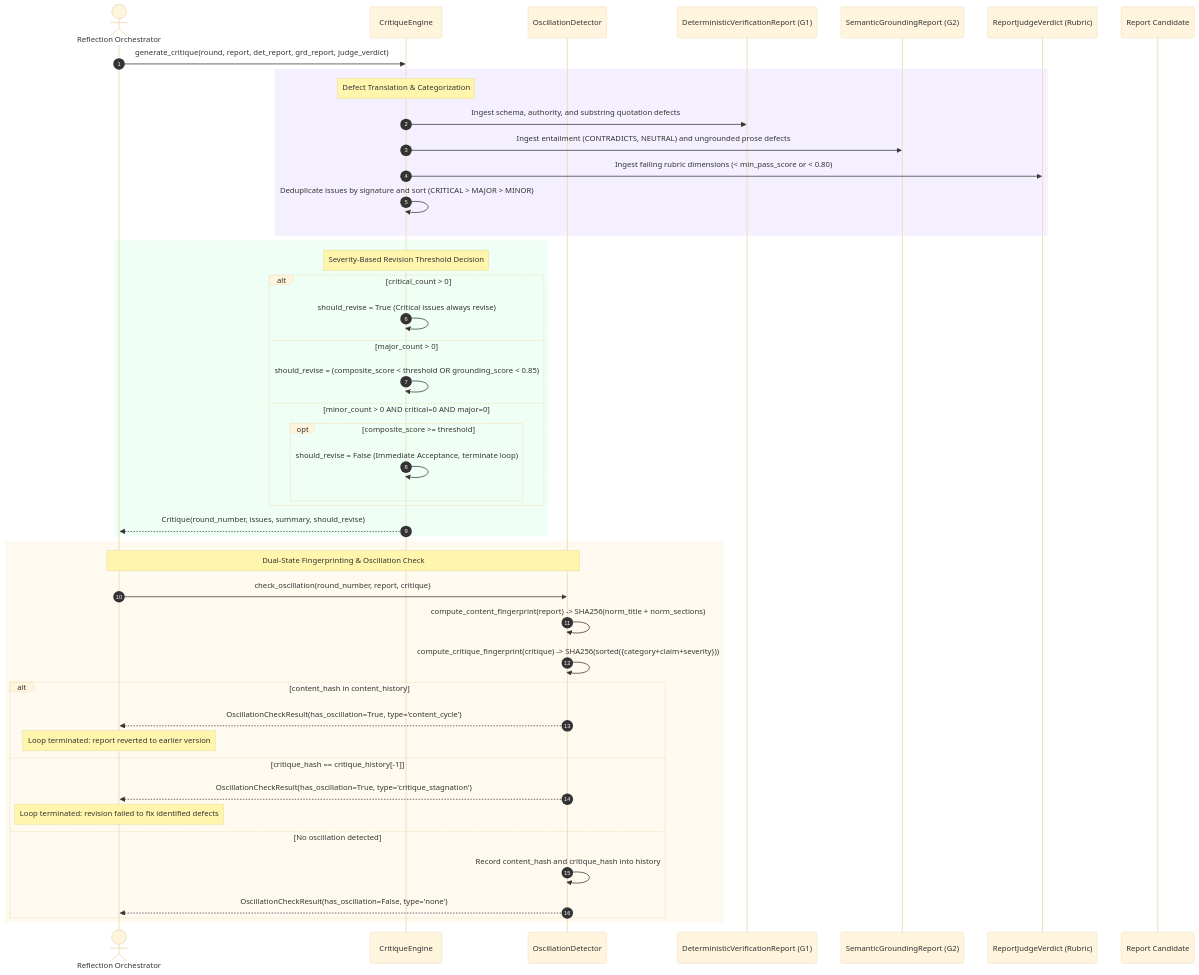
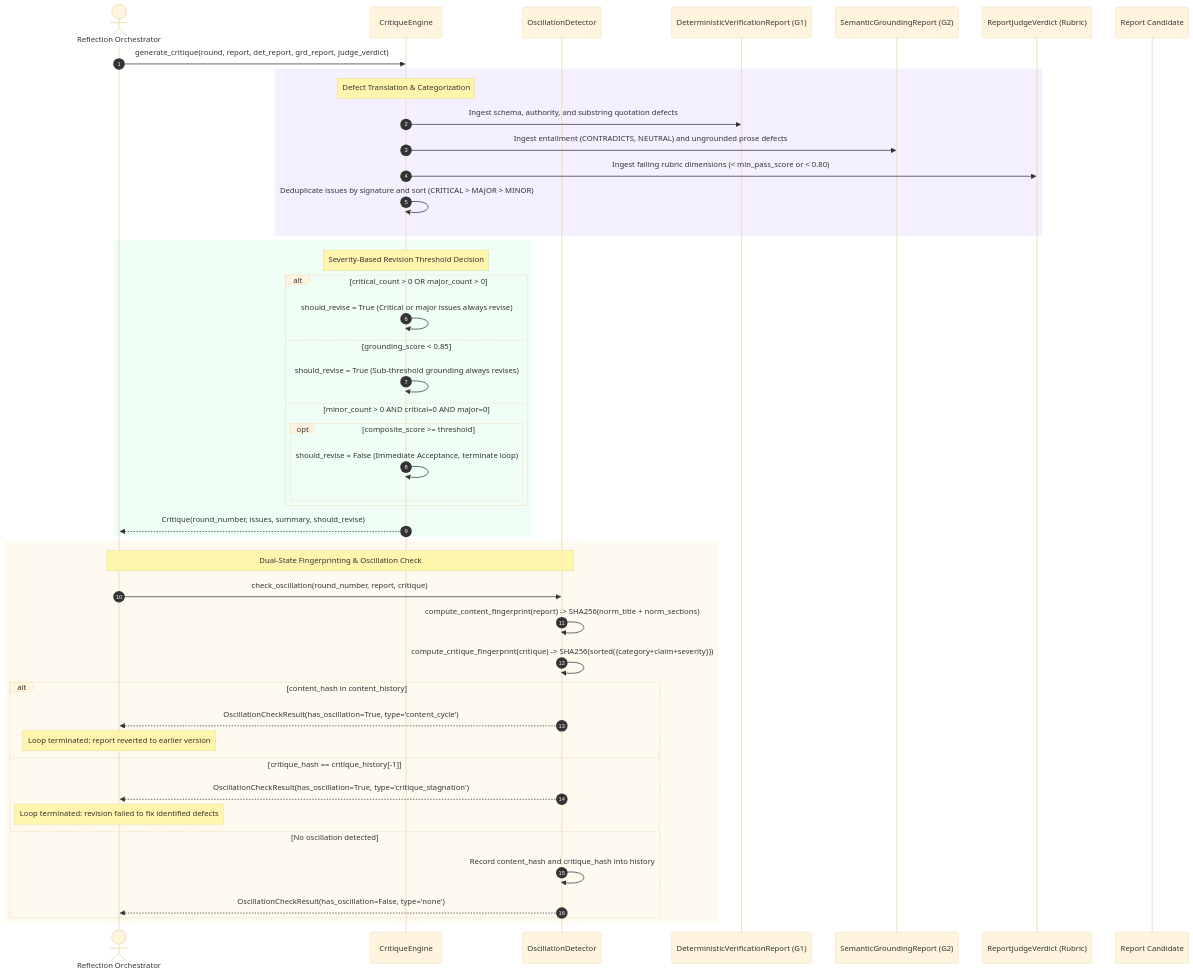
Before and after one commit to harshilkatharva/genai-engineer-journey: the fifth of 10 diagrams in module-19-reflection/docs/FLOW.md, drawn with Mermaid (base theme). The commit also changed 5 other files, not shown here.

Commit message:
module-19 fix(reflection): always trigger revision when major defects remain

````diff
--- a/module-19-reflection/docs/FLOW.md
+++ b/module-19-reflection/docs/FLOW.md
@@ -242,52 +242,52 @@
 ```mermaid
 sequenceDiagram
     autonumber
     actor Caller as Reflection Orchestrator
     participant CE as CritiqueEngine
     participant OD as OscillationDetector
     participant Det as DeterministicVerificationReport (G1)
     participant Grd as SemanticGroundingReport (G2)
     participant Jdg as ReportJudgeVerdict (Rubric)
     participant Rep as Report Candidate
 
     Caller->>CE: generate_critique(round, report, det_report, grd_report, judge_verdict)
     
     rect rgb(245, 240, 255)
     Note over CE: Defect Translation & Categorization
     CE->>Det: Ingest schema, authority, and substring quotation defects
     CE->>Grd: Ingest entailment (CONTRADICTS, NEUTRAL) and ungrounded prose defects
     CE->>Jdg: Ingest failing rubric dimensions (< min_pass_score or < 0.80)
     CE->>CE: Deduplicate issues by signature and sort (CRITICAL > MAJOR > MINOR)
     end
 
     rect rgb(240, 255, 245)
     Note over CE: Severity-Based Revision Threshold Decision
-    alt critical_count > 0
-        CE->>CE: should_revise = True (Critical issues always revise)
-    else major_count > 0
-        CE->>CE: should_revise = (composite_score < threshold OR grounding_score < 0.85)
+    alt critical_count > 0 OR major_count > 0
+        CE->>CE: should_revise = True (Critical or major issues always revise)
+    else grounding_score < 0.85
+        CE->>CE: should_revise = True (Sub-threshold grounding always revises)
     else minor_count > 0 AND critical=0 AND major=0
         opt composite_score >= threshold
             CE->>CE: should_revise = False (Immediate Acceptance, terminate loop)
         end
     end
     CE-->>Caller: Critique(round_number, issues, summary, should_revise)
     end
 
     rect rgb(255, 250, 240)
     Note over Caller,OD: Dual-State Fingerprinting & Oscillation Check
     Caller->>OD: check_oscillation(round_number, report, critique)
     OD->>OD: compute_content_fingerprint(report) -> SHA256(norm_title + norm_sections)
     OD->>OD: compute_critique_fingerprint(critique) -> SHA256(sorted({category+claim+severity}))
     alt content_hash in content_history
         OD-->>Caller: OscillationCheckResult(has_oscillation=True, type='content_cycle')
         Note over Caller: Loop terminated: report reverted to earlier version
     else critique_hash == critique_history[-1]
         OD-->>Caller: OscillationCheckResult(has_oscillation=True, type='critique_stagnation')
         Note over Caller: Loop terminated: revision failed to fix identified defects
     else No oscillation detected
         OD->>OD: Record content_hash and critique_hash into history
         OD-->>Caller: OscillationCheckResult(has_oscillation=False, type='none')
     end
     end
 ```
````
